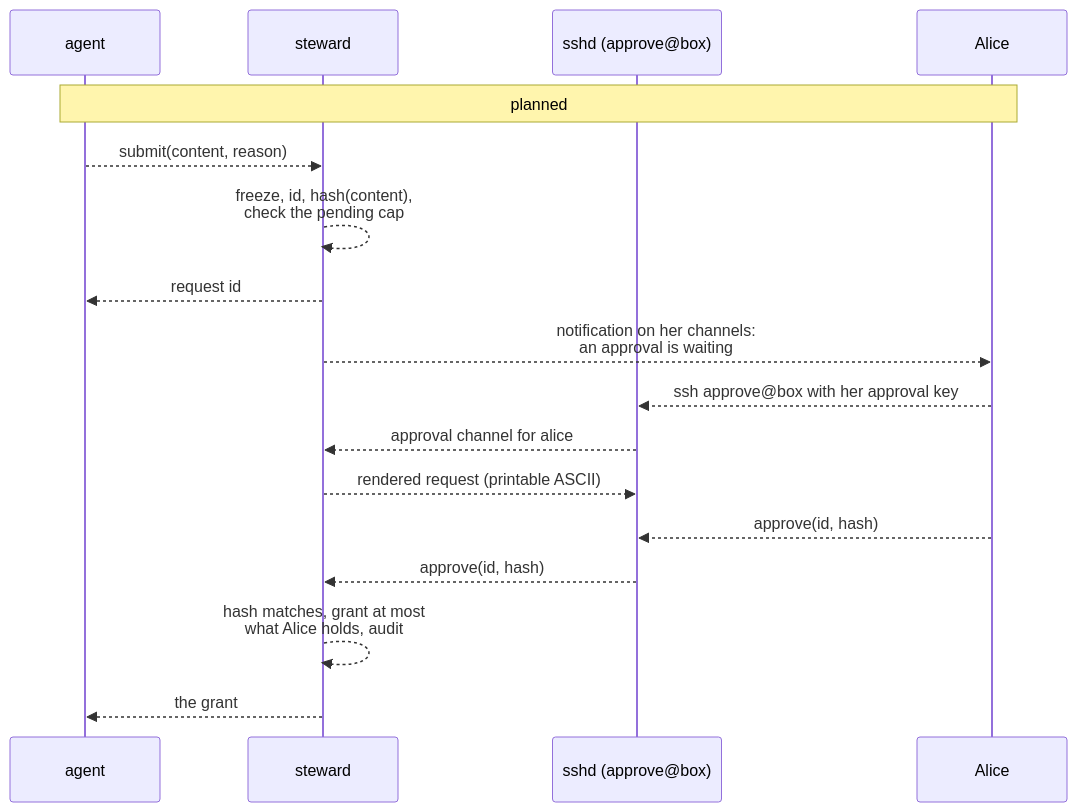
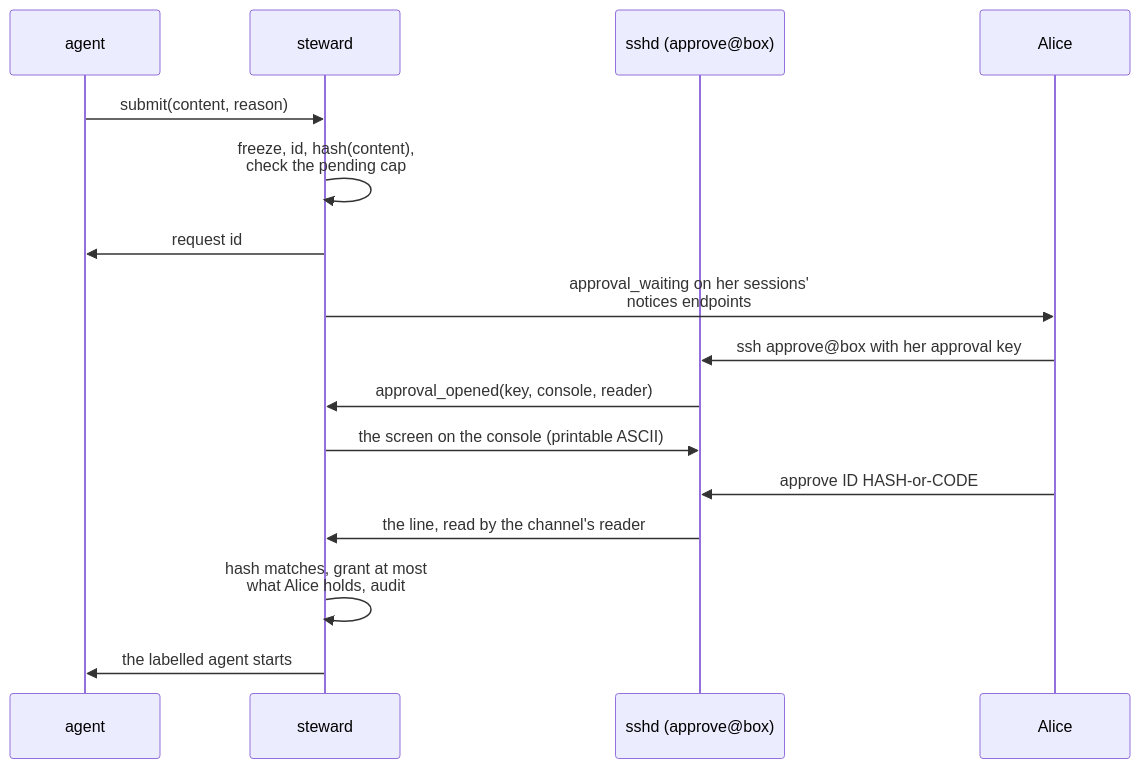
The second of 3 diagrams in docs/servers/steward.md (sirmick/redoubt), drawn with Mermaid before and after one commit. The commit also changed other lines of this file and 53 other files, not shown here.

````diff
--- a/docs/servers/steward.md
+++ b/docs/servers/steward.md
@@ -831,19 +837,18 @@
 ```mermaid
 sequenceDiagram
     participant A as agent
     participant ST as steward
     participant SH as sshd (approve@box)
     participant P as Alice
-    Note over A,P: planned
-    A-->>ST: submit(content, reason)
-    ST-->>ST: freeze, id, hash(content),<br/>check the pending cap
-    ST-->>A: request id
-    ST-->>P: notification on her channels:<br/>an approval is waiting
-    P-->>SH: ssh approve@box with her approval key
-    SH-->>ST: approval channel for alice
-    ST-->>SH: rendered request (printable ASCII)
-    P-->>SH: approve(id, hash)
-    SH-->>ST: approve(id, hash)
-    ST-->>ST: hash matches, grant at most<br/>what Alice holds, audit
-    ST-->>A: the grant
+    A->>ST: submit(content, reason)
+    ST->>ST: freeze, id, hash(content),<br/>check the pending cap
+    ST->>A: request id
+    ST->>P: approval_waiting on her sessions'<br/>notices endpoints
+    P->>SH: ssh approve@box with her approval key
+    SH->>ST: approval_opened(key, console, reader)
+    ST->>SH: the screen on the console (printable ASCII)
+    P->>SH: approve ID HASH-or-CODE
+    SH->>ST: the line, read by the channel's reader
+    ST->>ST: hash matches, grant at most<br/>what Alice holds, audit
+    ST->>A: the labelled agent starts
 ```
````
